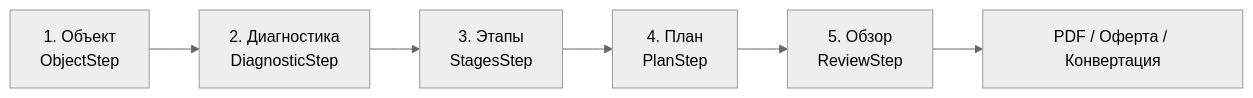
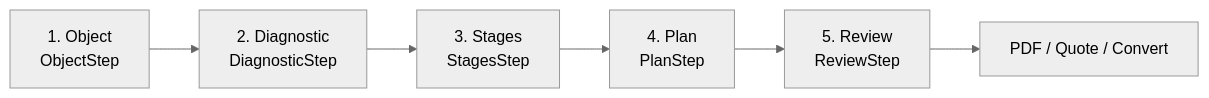
One commit to 1GoodCod1/companii-web changed the eighth of 11 diagrams in README.md. Above: the diagram before and after it, drawn with Mermaid (neutral theme). The commit also changed other lines of this file and 5 other files, not shown here.

````diff
--- a/README.md
+++ b/README.md
@@ -349,8 +336,8 @@
 ```mermaid
 flowchart LR
-    S1["1. Объект<br/>ObjectStep"] --> S2["2. Диагностика<br/>DiagnosticStep"]
-    S2 --> S3["3. Этапы<br/>StagesStep"]
-    S3 --> S4["4. План<br/>PlanStep"]
-    S4 --> S5["5. Обзор<br/>ReviewStep"]
-    S5 --> PDF["PDF / Оферта / Конвертация"]
+    S1["1. Object<br/>ObjectStep"] --> S2["2. Diagnostic<br/>DiagnosticStep"]
+    S2 --> S3["3. Stages<br/>StagesStep"]
+    S3 --> S4["4. Plan<br/>PlanStep"]
+    S4 --> S5["5. Review<br/>ReviewStep"]
+    S5 --> PDF["PDF / Quote / Convert"]
 ```
````
